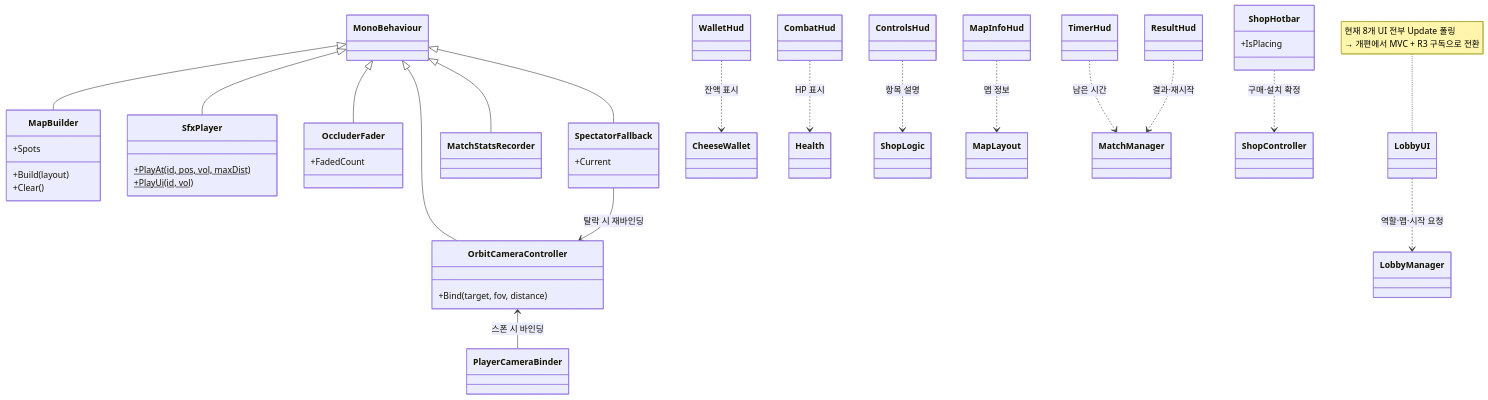
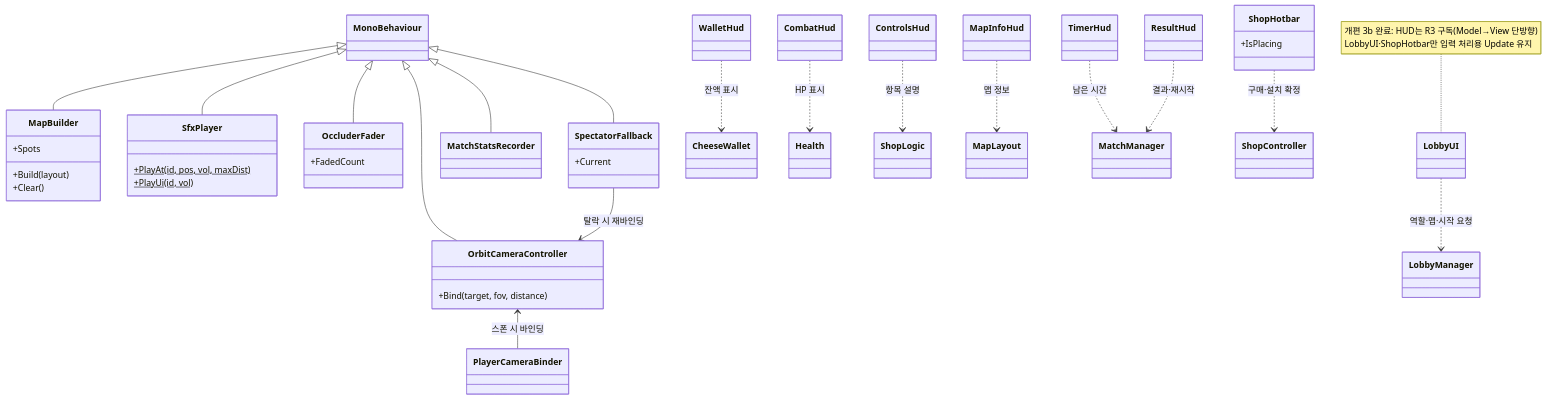
One commit to JeahanPark/The-Cheese-Thief-and-the-Cat changed the third of 6 diagrams in CTC/docs/design-vault/코드 다이어그램.md. Above: the diagram before and after it, drawn with Mermaid. The commit also changed other lines of this file and 1 other file, not shown here.

First line of the commit message:
docs: 코드 개편 완료 기록 — 계획서·다이어그램 현행화 (규칙 8)

````diff
--- a/CTC/docs/design-vault/코드 다이어그램.md
+++ b/CTC/docs/design-vault/코드 다이어그램.md
@@ -135,55 +151,55 @@
 ```mermaid
 classDiagram
     direction TB
 
     class MapBuilder {
         +Build(layout)
         +Clear()
         +Spots
     }
     class SfxPlayer {
         +PlayAt(id, pos, vol, maxDist)$
         +PlayUi(id, vol)$
     }
     class OccluderFader {
         +FadedCount
     }
     class SpectatorFallback {
         +Current
     }
     class MatchStatsRecorder
     class OrbitCameraController {
         +Bind(target, fov, distance)
     }
 
     class LobbyUI
     class WalletHud
     class CombatHud
     class ControlsHud
     class MapInfoHud
     class TimerHud
     class ResultHud
     class ShopHotbar {
         +IsPlacing
     }
 
     MonoBehaviour <|-- MapBuilder
     MonoBehaviour <|-- SfxPlayer
     MonoBehaviour <|-- OccluderFader
     MonoBehaviour <|-- SpectatorFallback
     MonoBehaviour <|-- MatchStatsRecorder
     MonoBehaviour <|-- OrbitCameraController
 
     LobbyUI ..> LobbyManager : 역할·맵·시작 요청
     WalletHud ..> CheeseWallet : 잔액 표시
     CombatHud ..> Health : HP 표시
     ControlsHud ..> ShopLogic : 항목 설명
     MapInfoHud ..> MapLayout : 맵 정보
     TimerHud ..> MatchManager : 남은 시간
     ResultHud ..> MatchManager : 결과·재시작
     ShopHotbar ..> ShopController : 구매·설치 확정
     OrbitCameraController <-- PlayerCameraBinder : 스폰 시 바인딩
     SpectatorFallback --> OrbitCameraController : 탈락 시 재바인딩
 
-    note for LobbyUI "현재 8개 UI 전부 Update 폴링<br/>→ 개편에서 MVC + R3 구독으로 전환"
+    note for LobbyUI "개편 3b 완료: HUD는 R3 구독(Model→View 단방향)<br/>LobbyUI·ShopHotbar만 입력 처리용 Update 유지"
 ```
````
